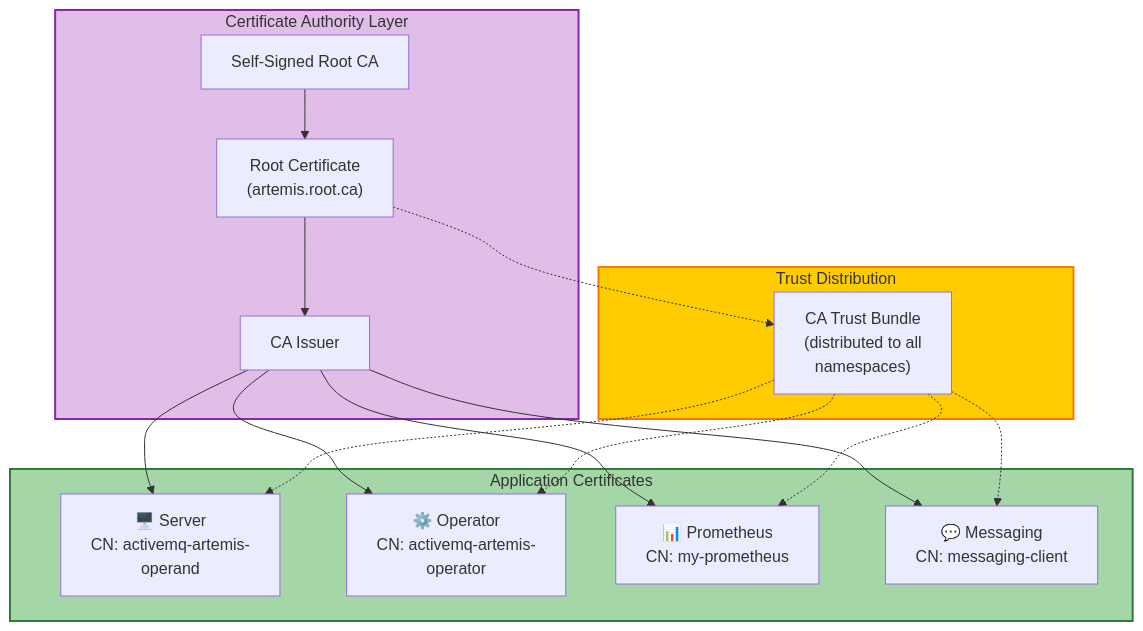
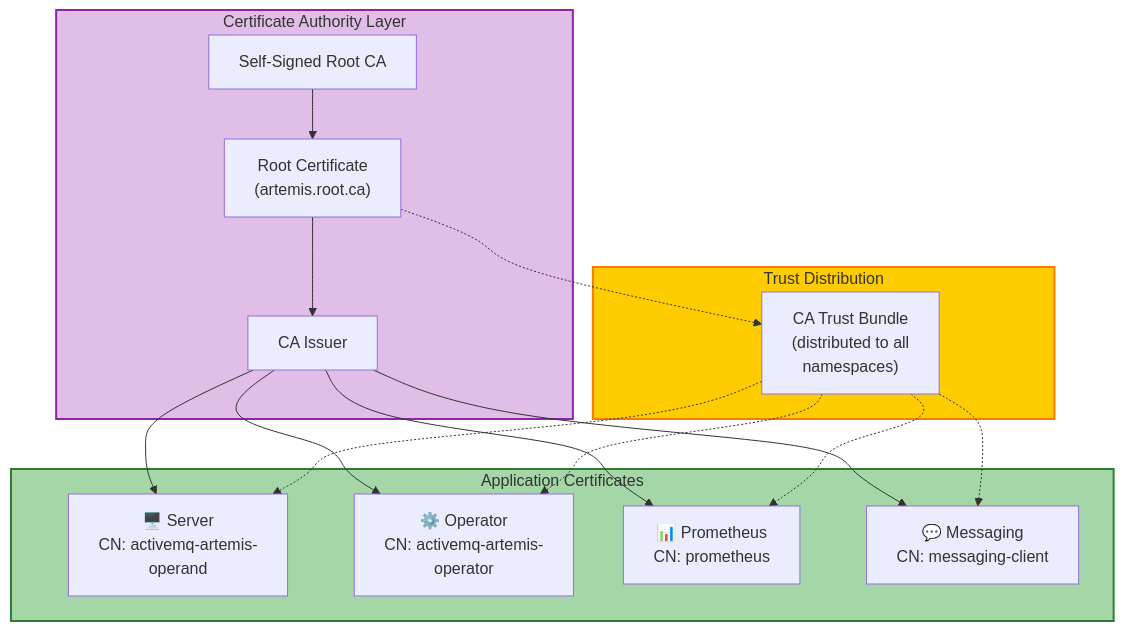
The first of 2 diagrams in docs/tutorials/prometheus_locked_down.md (arkmq-org/arkmq-org.github.io), drawn with Mermaid before and after one commit. The commit also changed other lines of this file and 7 other files, not shown here.

````diff
--- a/docs/tutorials/prometheus_locked_down.md
+++ b/docs/tutorials/prometheus_locked_down.md
@@ -68,36 +68,36 @@
 ```mermaid
 graph TB
     subgraph ca_layer ["Certificate Authority Layer"]
         SelfSigned["Self-Signed Root CA"]
         RootCA["Root Certificate<br />(artemis.root.ca)"]
         CAIssuer["CA Issuer"]
     end
 
     subgraph cert_layer ["Application Certificates"]
         ServerCert["🖥️ Server<br />CN: activemq-artemis-<br />operand"]
         OperatorCert["⚙️ Operator<br />CN: activemq-artemis-<br />operator"]
-        PrometheusCert["📊 Prometheus<br />CN: my-prometheus"]
+        PrometheusCert["📊 Prometheus<br />CN: prometheus"]
         MessagingCert["💬 Messaging<br />CN: messaging-client"]
     end
 
     subgraph trust_layer ["Trust Distribution"]
         TrustBundle["CA Trust Bundle<br />(distributed to all<br />namespaces)"]
     end
 
     SelfSigned --> RootCA
     RootCA --> CAIssuer
     CAIssuer --> ServerCert
     CAIssuer --> OperatorCert
     CAIssuer --> PrometheusCert
     CAIssuer --> MessagingCert
 
     RootCA -.-> TrustBundle
     TrustBundle -.-> ServerCert
     TrustBundle -.-> OperatorCert
     TrustBundle -.-> PrometheusCert
     TrustBundle -.-> MessagingCert
 
     style ca_layer fill:#e1bee7,stroke:#8e24aa,stroke-width:2px
     style cert_layer fill:#a5d6a7,stroke:#2e7d32,stroke-width:2px
     style trust_layer fill:#ffcc02,stroke:#f57c00,stroke-width:2px
 ```
````
